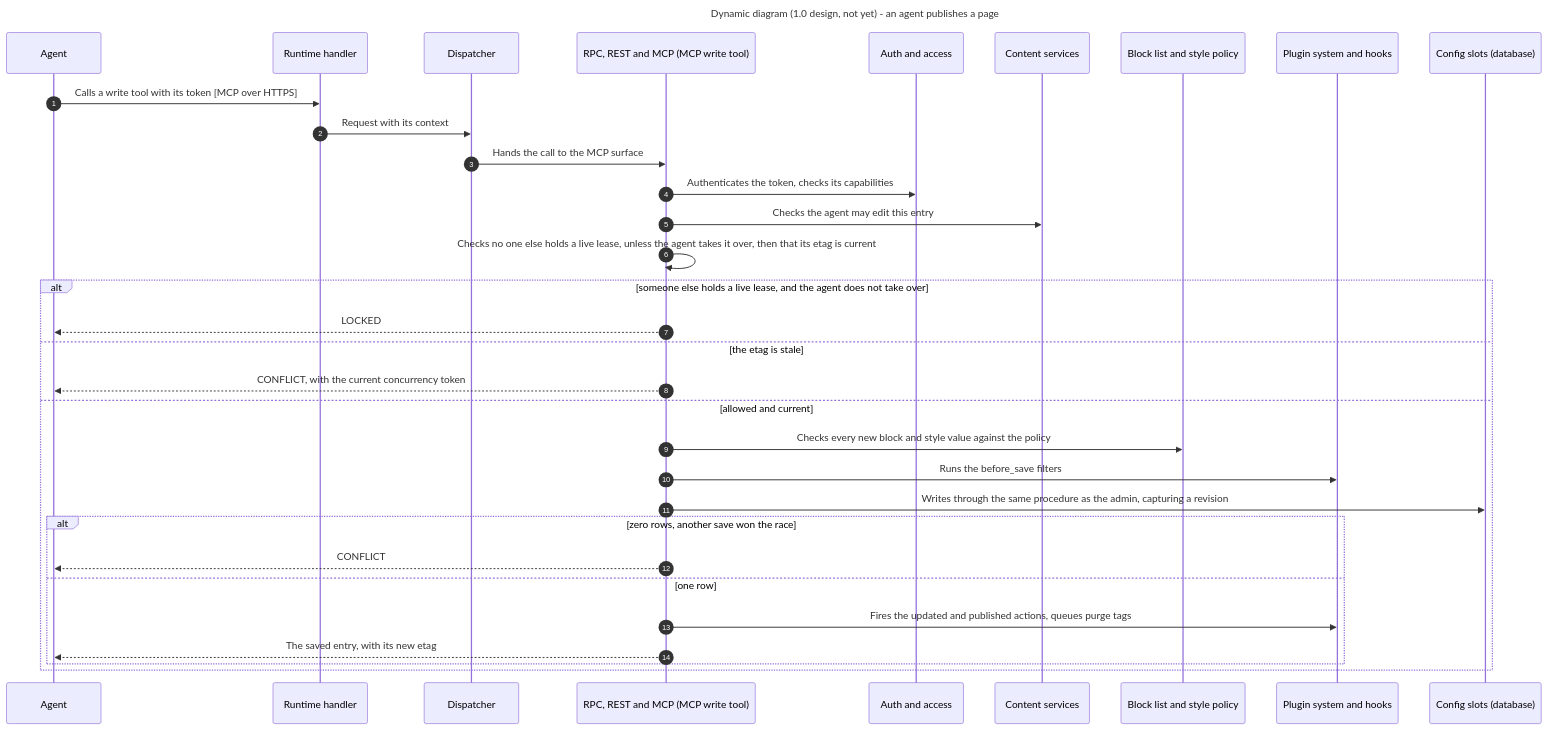
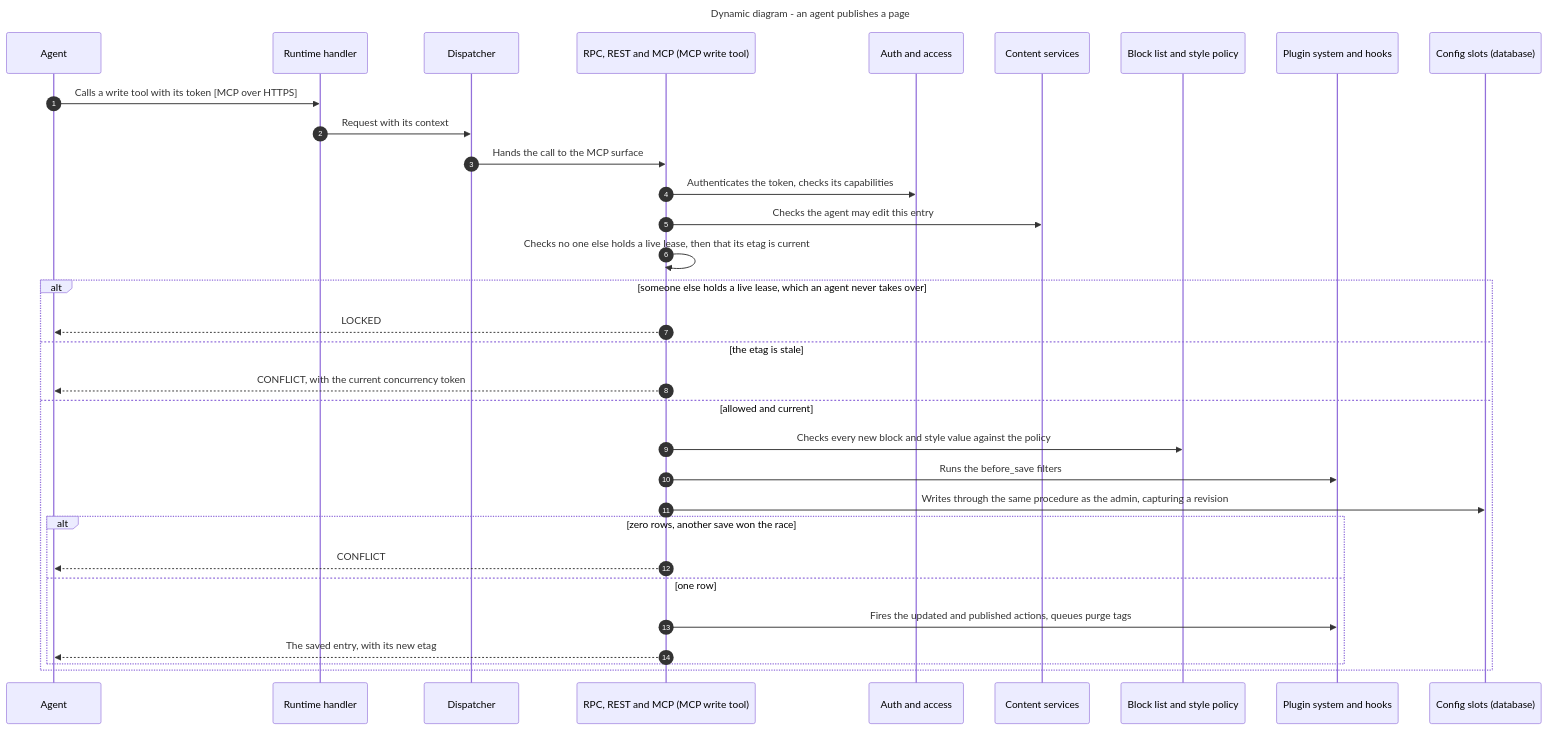
Before and after one commit to withplumix/plumix: the ninth of 12 diagrams in ARCHITECTURE.md, drawn with Mermaid. The commit also changed other lines of this file and 23 other files, not shown here.

````diff
--- a/ARCHITECTURE.md
+++ b/ARCHITECTURE.md
@@ -634,37 +615,37 @@
 ```mermaid
 ---
-title: Dynamic diagram (1.0 design, not yet) - an agent publishes a page
+title: Dynamic diagram - an agent publishes a page
 ---
 sequenceDiagram
   autonumber
   participant G as Agent
   participant RE as Runtime handler
   participant D as Dispatcher
   participant P as RPC, REST and MCP (MCP write tool)
   participant A as Auth and access
   participant S as Content services
   participant PO as Block list and style policy
   participant H as Plugin system and hooks
   participant SL as Config slots (database)
   G->>RE: Calls a write tool with its token [MCP over HTTPS]
   RE->>D: Request with its context
   D->>P: Hands the call to the MCP surface
   P->>A: Authenticates the token, checks its capabilities
   P->>S: Checks the agent may edit this entry
-  P->>P: Checks no one else holds a live lease, unless the agent takes it over, then that its etag is current
-  alt someone else holds a live lease, and the agent does not take over
+  P->>P: Checks no one else holds a live lease, then that its etag is current
+  alt someone else holds a live lease, which an agent never takes over
     P-->>G: LOCKED
   else the etag is stale
     P-->>G: CONFLICT, with the current concurrency token
   else allowed and current
     P->>PO: Checks every new block and style value against the policy
     P->>H: Runs the before_save filters
     P->>SL: Writes through the same procedure as the admin, capturing a revision
     alt zero rows, another save won the race
       P-->>G: CONFLICT
     else one row
       P->>H: Fires the updated and published actions, queues purge tags
       P-->>G: The saved entry, with its new etag
     end
   end
 ```
````
